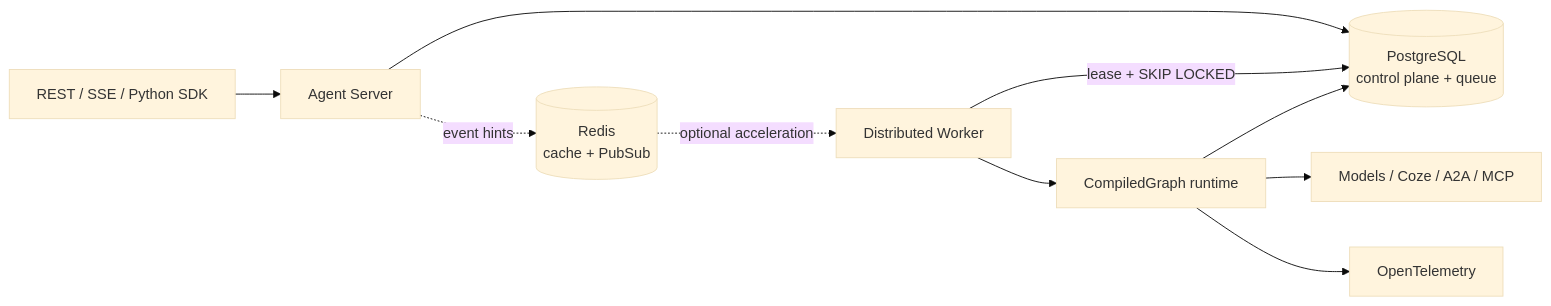
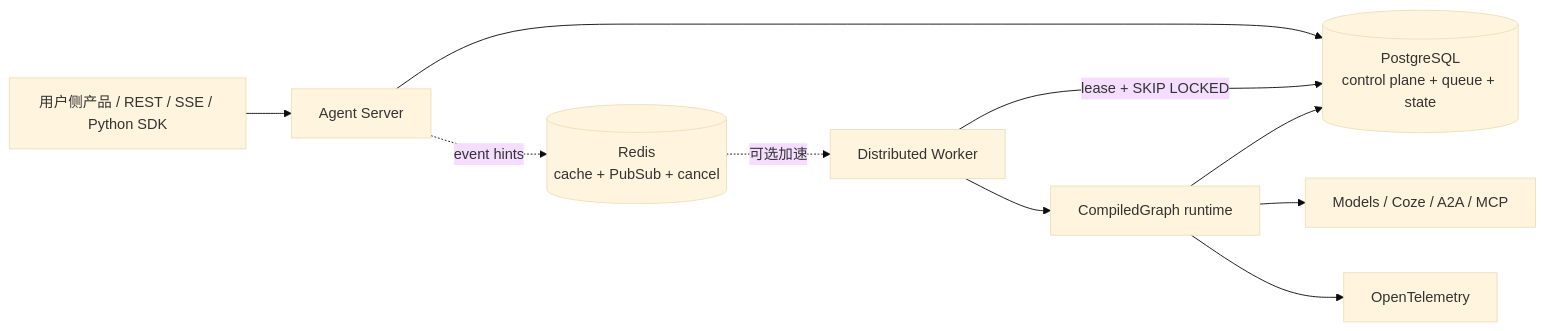
Before and after one commit to LingXi-Org/LingxiGraph: the second of 2 diagrams in README.md, drawn with Mermaid (base theme). The commit also changed other lines of this file and 143 other files, not shown here.

````diff
--- a/README.md
+++ b/README.md
@@ -161,12 +195,12 @@
 ```mermaid
 flowchart LR
-  Client["REST / SSE / Python SDK"] --> API["Agent Server"]
-  API --> PG[("PostgreSQL\ncontrol plane + queue")]
-  API -. "event hints" .-> Redis[("Redis\ncache + PubSub")]
+  Client["用户侧产品 / REST / SSE / Python SDK"] --> API["Agent Server"]
+  API --> PG[("PostgreSQL\ncontrol plane + queue + state")]
+  API -. "event hints" .-> Redis[("Redis\ncache + PubSub + cancel")]
   Worker["Distributed Worker"] -->|"lease + SKIP LOCKED"| PG
-  Redis -. "optional acceleration" .-> Worker
+  Redis -. "可选加速" .-> Worker
   Worker --> Runtime["CompiledGraph runtime"]
   Runtime --> PG
   Runtime --> Remote["Models / Coze / A2A / MCP"]
   Runtime --> OTel["OpenTelemetry"]
 ```
````
